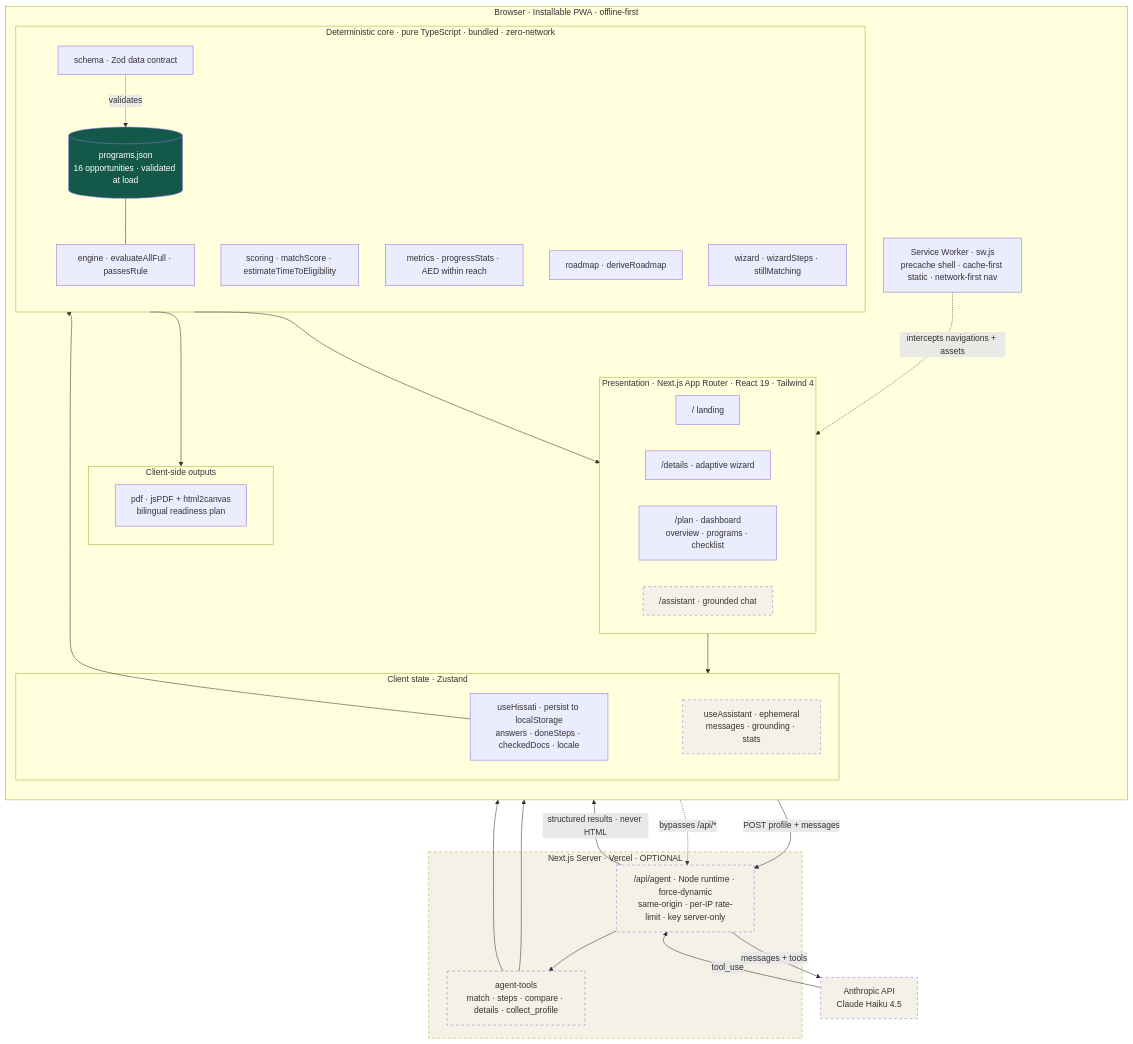
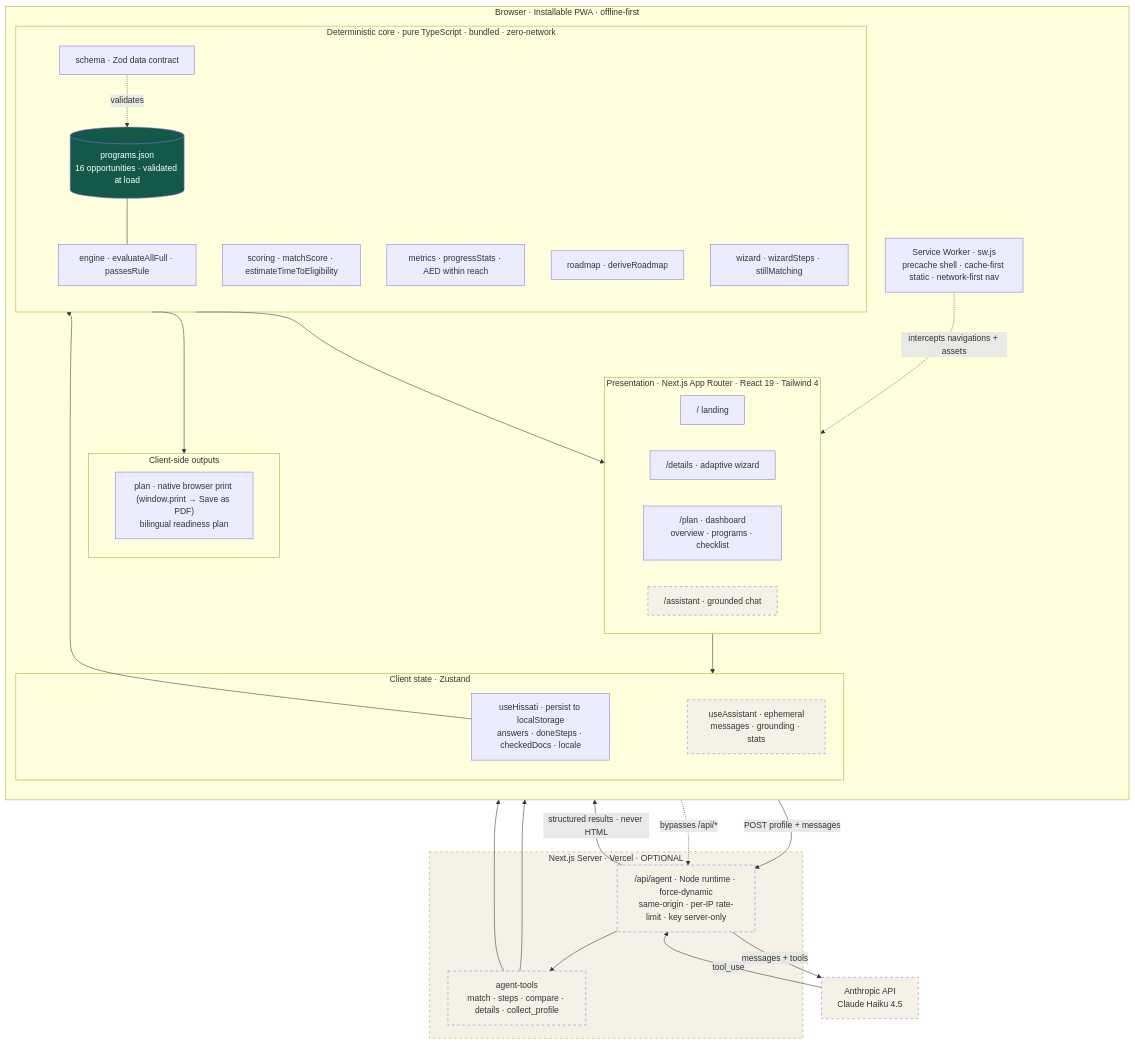
One commit to theParitet/hissati changed the second of 2 diagrams in README.md. Above: the diagram before and after it, drawn with Mermaid. The commit also changed other lines of this file and 28 other files, not shown here.

````diff
--- a/README.md
+++ b/README.md
@@ -147,64 +149,64 @@
 ```mermaid
 flowchart TB
   subgraph CLIENT["Browser · Installable PWA · offline-first"]
     direction TB
 
     subgraph UI["Presentation · Next.js App Router · React 19 · Tailwind 4"]
       L["/ landing"]
       Q["/details · adaptive wizard"]
       R["/plan · dashboard<br/>overview · programs · checklist"]
       A["/assistant · grounded chat"]
     end
 
     subgraph STATE["Client state · Zustand"]
       HS["useHissati · persist to localStorage<br/>answers · doneSteps · checkedDocs · locale"]
       AS["useAssistant · ephemeral<br/>messages · grounding · stats"]
     end
 
     subgraph CORE["Deterministic core · pure TypeScript · bundled · zero-network"]
       ENG["engine · evaluateAllFull · passesRule"]
       SCO["scoring · matchScore · estimateTimeToEligibility"]
       MET["metrics · progressStats · AED within reach"]
       ROAD["roadmap · deriveRoadmap"]
       WIZ["wizard · wizardSteps · stillMatching"]
       SCH["schema · Zod data contract"]
       KB[("programs.json<br/>16 opportunities · validated at load")]
     end
 
     subgraph OUT["Client-side outputs"]
-      PDF["pdf · jsPDF + html2canvas<br/>bilingual readiness plan"]
+      PDF["plan · native browser print (window.print → Save as PDF)<br/>bilingual readiness plan"]
     end
 
     SW["Service Worker · sw.js<br/>precache shell · cache-first static · network-first nav"]
   end
 
   subgraph SERVER["Next.js Server · Vercel · OPTIONAL"]
     API["/api/agent · Node runtime · force-dynamic<br/>same-origin · per-IP rate-limit · key server-only"]
     TOOLS["agent-tools<br/>match · steps · compare · details · collect_profile"]
   end
 
   EXT["Anthropic API<br/>Claude Haiku 4.5"]
 
   UI --> STATE
   HS --> CORE
   CORE --> UI
   CORE --> OUT
   KB --- ENG
   SCH -. validates .-> KB
 
   AS -->|POST profile + messages| API
   API -->|messages + tools| EXT
   EXT -->|tool_use| API
   API --> TOOLS
   TOOLS --> ENG
   TOOLS --> KB
   API -->|structured results · never HTML| AS
 
   SW -. intercepts navigations + assets .-> UI
   SW -. bypasses /api/* .-> API
 
   classDef opt stroke-dasharray:5 5,fill:#f6f1e7;
   class SERVER,API,TOOLS,EXT,A,AS opt;
   classDef kb fill:#14584a,color:#ffffff;
   class KB kb;
 ```
````
